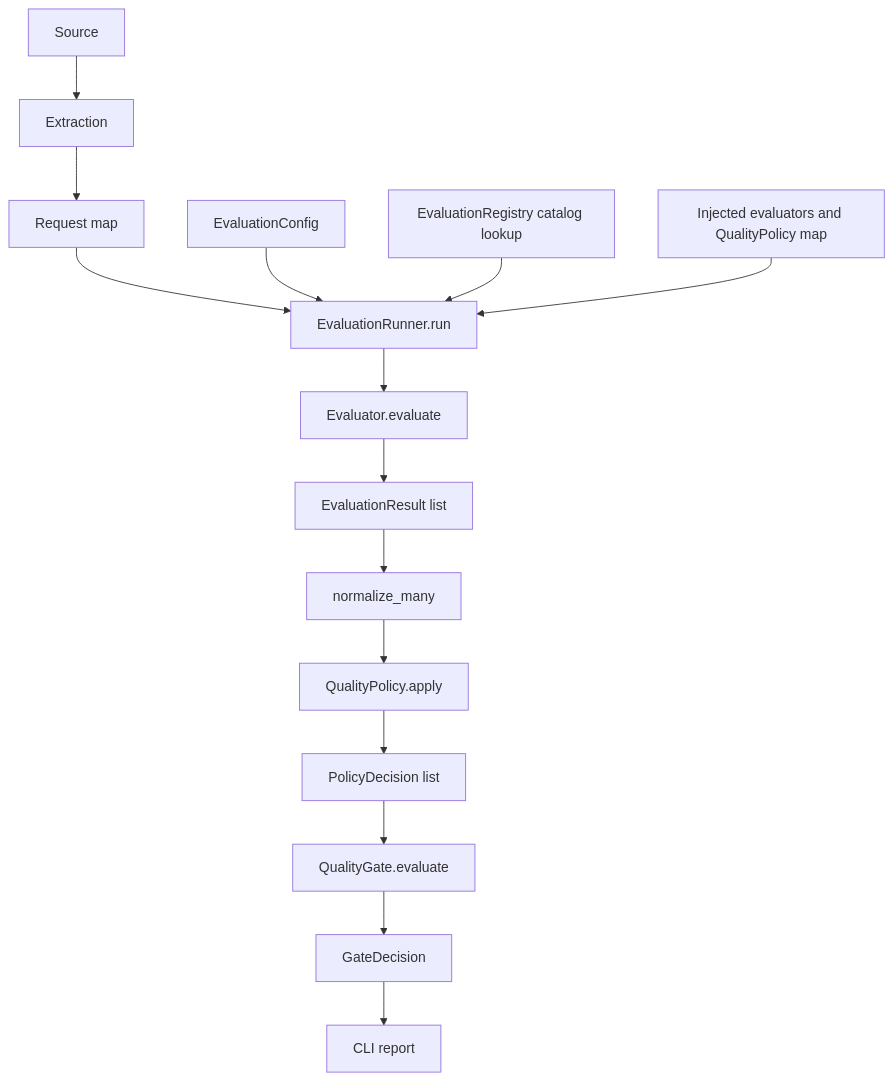
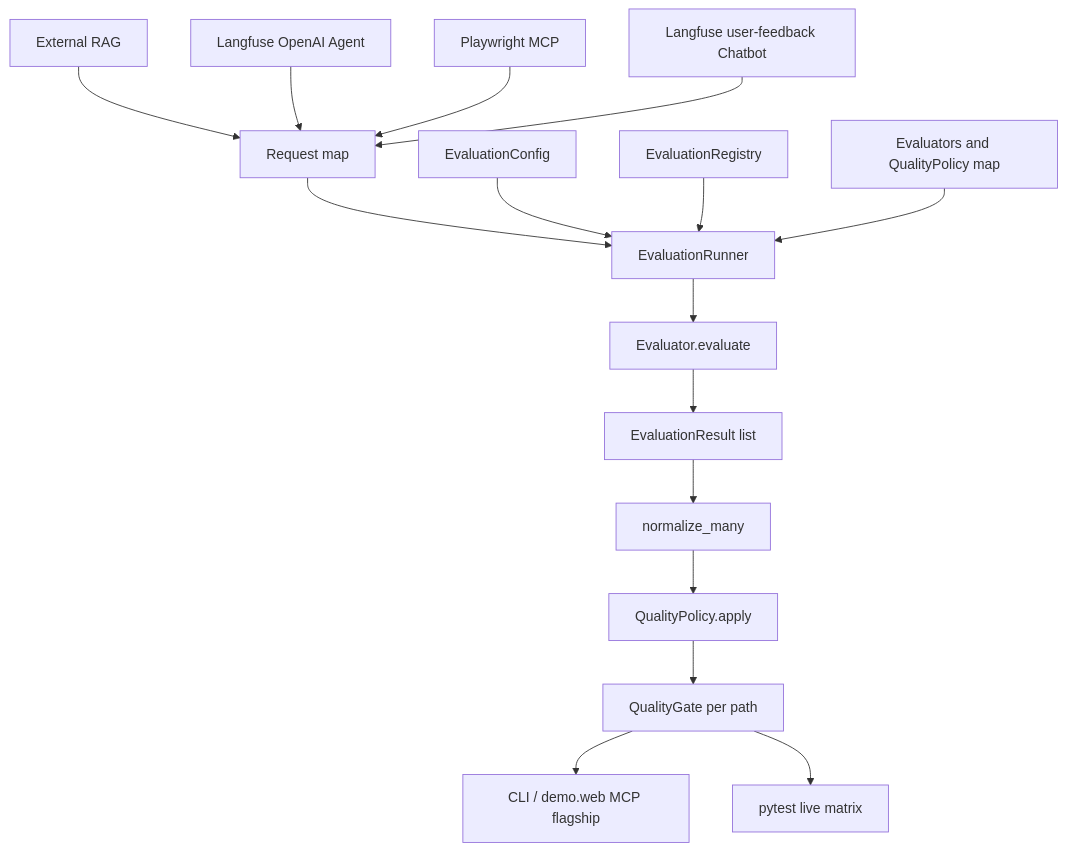
One commit to atagare1/llm-rag-evaluation-ragas changed the diagram in README.md. Above: the diagram before and after it, drawn with Mermaid. The commit also changed other lines of this file, not shown here.

````diff
--- a/README.md
+++ b/README.md
@@ -47,17 +48,22 @@
 ```mermaid
 flowchart TD
-    S[Source] --> X[Extraction]
-    X --> T[Request map]
-    T --> R[EvaluationRunner.run]
+    RAG[External RAG]
+    AG[Langfuse OpenAI Agent]
+    MCP[Playwright MCP]
+    CH[Langfuse user-feedback Chatbot]
+    RAG --> REQ[Request map]
+    AG --> REQ
+    MCP --> REQ
+    CH --> REQ
+    REQ --> R[EvaluationRunner]
     C[EvaluationConfig] --> R
-    Reg[EvaluationRegistry catalog lookup] --> R
-    Inj[Injected evaluators and QualityPolicy map] --> R
+    Reg[EvaluationRegistry] --> R
+    Inj[Evaluators and QualityPolicy map] --> R
     R --> E[Evaluator.evaluate]
     E --> F[EvaluationResult list]
-    F --> G[normalize_many]
-    G --> H[QualityPolicy.apply]
-    H --> PD[PolicyDecision list]
-    PD --> I[QualityGate.evaluate]
-    I --> J[GateDecision]
-    J --> K[CLI report]
+    F --> N[normalize_many]
+    N --> P[QualityPolicy.apply]
+    P --> G[QualityGate per path]
+    G --> MCPOut[CLI / demo.web MCP flagship]
+    G --> Live[pytest live matrix]
 ```
````
